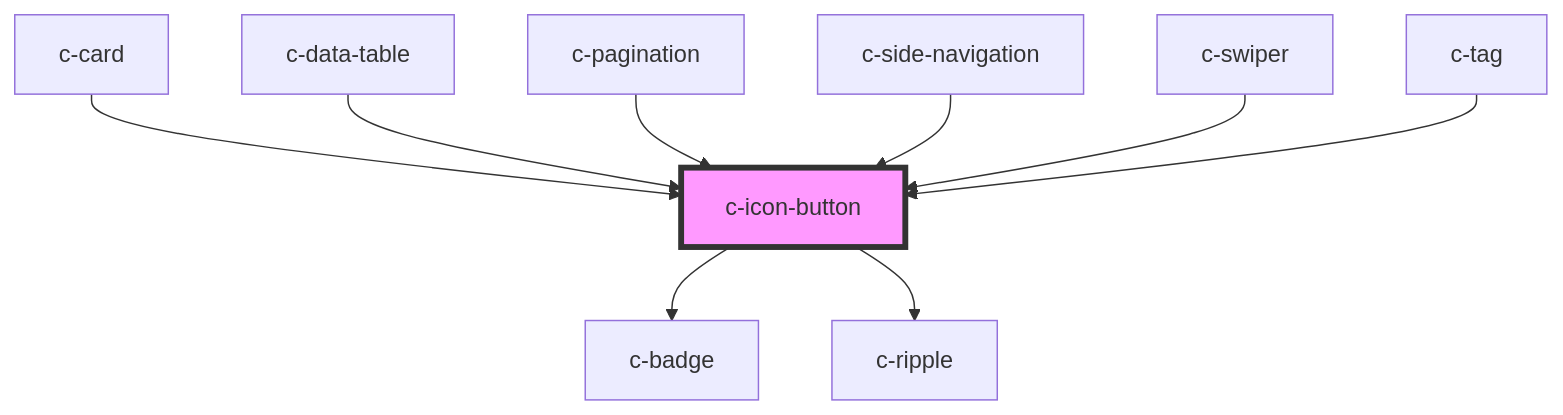
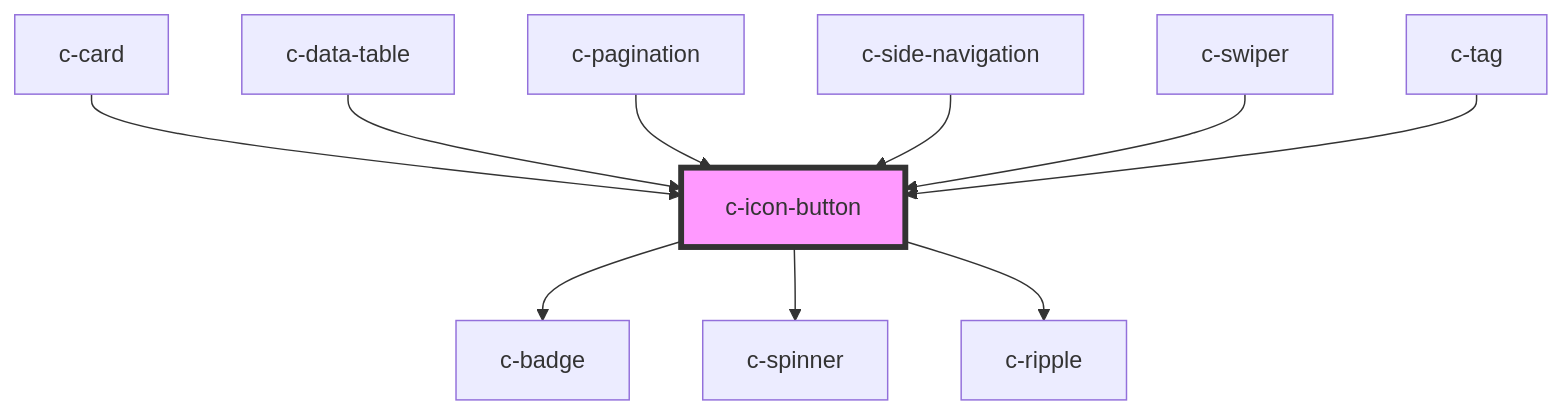
The diagram in packages/csc-ui/src/components/c-icon-button/readme.md (CSCfi/ui), drawn with Mermaid before and after one commit. The commit also changed other lines of this file and 5 other files, not shown here.

Commit message:
feat: Add loading state to c-icon-button

````diff
--- a/packages/csc-ui/src/components/c-icon-button/readme.md
+++ b/packages/csc-ui/src/components/c-icon-button/readme.md
@@ -160,12 +162,13 @@
 ```mermaid
 graph TD;
   c-icon-button --> c-badge
+  c-icon-button --> c-spinner
   c-icon-button --> c-ripple
   c-card --> c-icon-button
   c-data-table --> c-icon-button
   c-pagination --> c-icon-button
   c-side-navigation --> c-icon-button
   c-swiper --> c-icon-button
   c-tag --> c-icon-button
   style c-icon-button fill:#f9f,stroke:#333,stroke-width:4px
 ```
````
